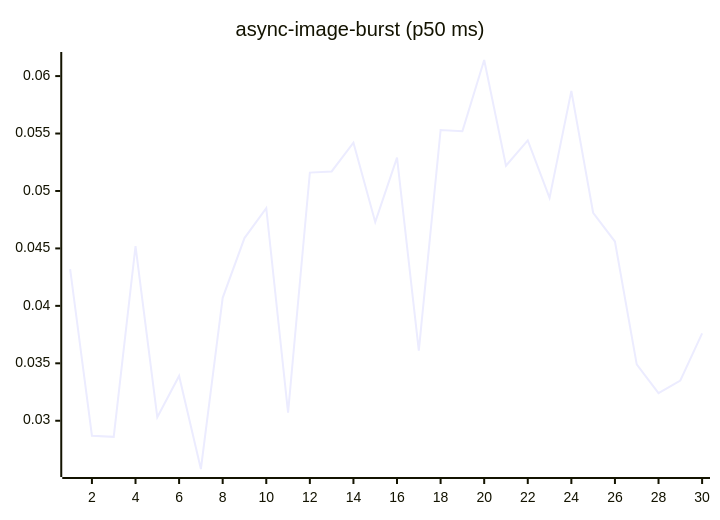
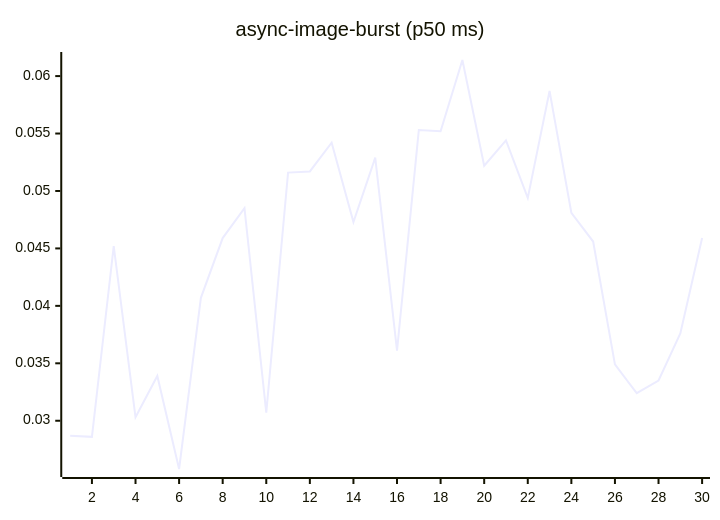
One commit to josha/Facet changed the fourth of 27 diagrams in README.md. Above: the diagram before and after it, drawn with Mermaid. The commit also changed other lines of this file and 2 other files, not shown here.

````diff
--- a/README.md
+++ b/README.md
@@ -84,6 +84,6 @@
 ```mermaid
 xychart-beta
     title "async-image-burst (p50 ms)"
     x-axis 1 --> 30
-    line [0.0432, 0.0287, 0.0286, 0.0452, 0.0303, 0.0339, 0.0258, 0.0407, 0.0459, 0.0485, 0.0307, 0.0516, 0.0517, 0.0542, 0.0473, 0.0529, 0.0361, 0.0553, 0.0552, 0.0614, 0.0522, 0.0544, 0.0494, 0.0587, 0.0481, 0.0456, 0.0349, 0.0324, 0.0335, 0.0376]
+    line [0.0287, 0.0286, 0.0452, 0.0303, 0.0339, 0.0258, 0.0407, 0.0459, 0.0485, 0.0307, 0.0516, 0.0517, 0.0542, 0.0473, 0.0529, 0.0361, 0.0553, 0.0552, 0.0614, 0.0522, 0.0544, 0.0494, 0.0587, 0.0481, 0.0456, 0.0349, 0.0324, 0.0335, 0.0376, 0.0459]
 ```
````
